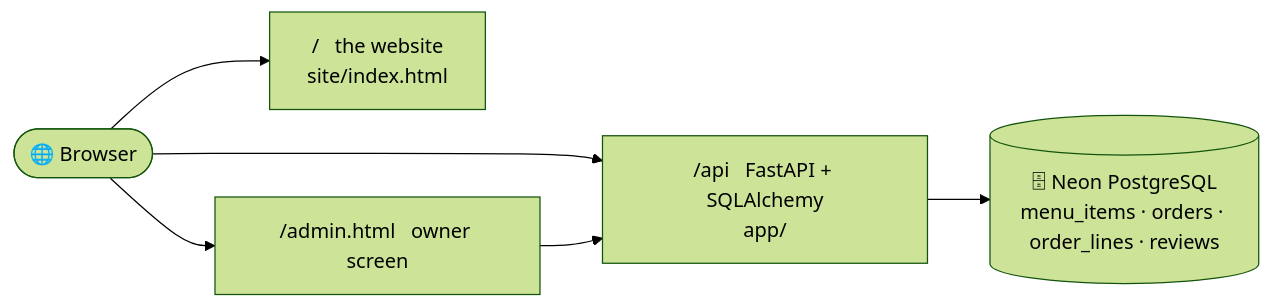
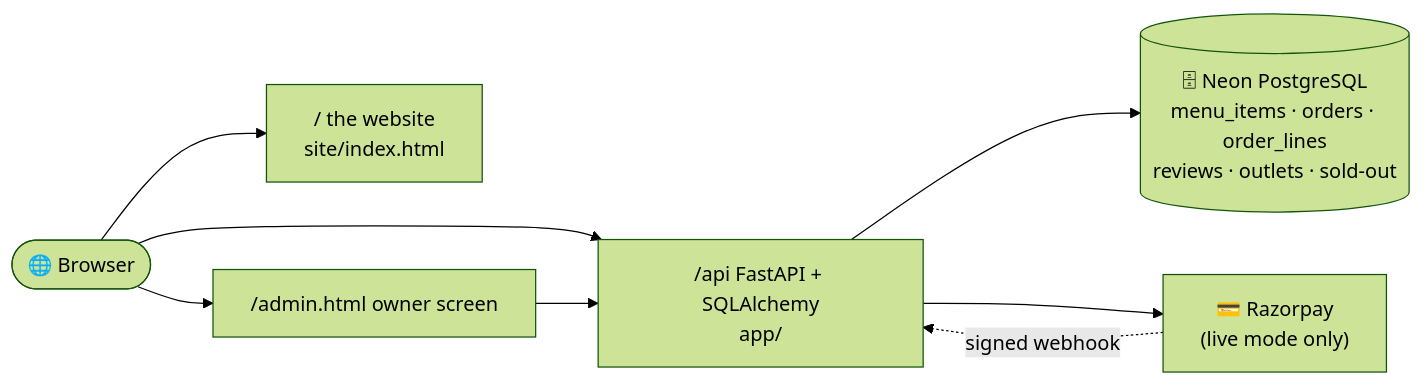
The diagram in README.md (sathvik1518/latcha-website), drawn with Mermaid (forest theme) before and after one commit. The commit also changed other lines of this file and 7 other files, not shown here.

````diff
--- a/README.md
+++ b/README.md
@@ -122,8 +199,10 @@
 ```mermaid
 flowchart LR
-  B([🌐 Browser]) --> W["/ &nbsp; the website<br/>site/index.html"]
-  B --> A["/api &nbsp; FastAPI + SQLAlchemy<br/>app/"]
-  B --> O["/admin.html &nbsp; owner screen"]
-  A --> D[("🗄 Neon PostgreSQL<br/>menu_items · orders · order_lines · reviews")]
+  B([🌐 Browser]) --> W["/ the website<br/>site/index.html"]
+  B --> A["/api FastAPI + SQLAlchemy<br/>app/"]
+  B --> O["/admin.html owner screen"]
+  A --> D[("🗄 Neon PostgreSQL<br/>menu_items · orders · order_lines<br/>reviews · outlets · sold-out")]
+  A --> R["💳 Razorpay<br/>(live mode only)"]
+  R -. signed webhook .-> A
   O --> A
 ```
````
